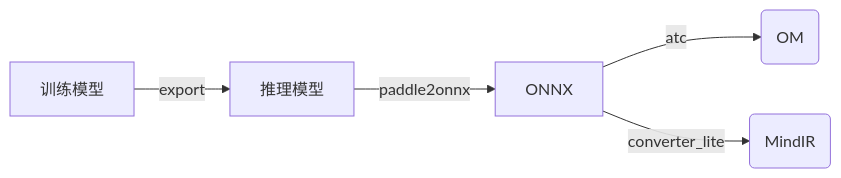
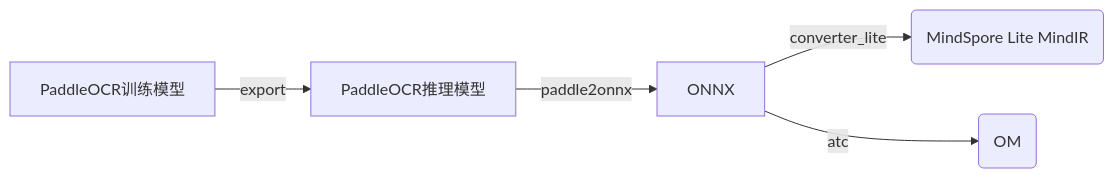
One commit to mindspore-lab/mindocr changed the second of 3 diagrams in docs/cn/inference/convert_tutorial.md. Above: the diagram before and after it, drawn with Mermaid. The commit also changed other lines of this file and 8 other files, not shown here.

````diff
--- a/docs/cn/inference/convert_tutorial.md
+++ b/docs/cn/inference/convert_tutorial.md
@@ -115,6 +130,6 @@
 ```mermaid
 graph LR;
-    训练模型 -- export --> 推理模型 -- paddle2onnx --> ONNX;
+    PaddleOCR训练模型 -- export --> PaddleOCR推理模型 -- paddle2onnx --> ONNX;
+    ONNX -- converter_lite --> o2(MindSpore Lite MindIR);
     ONNX -- atc --> o1(OM);
-    ONNX -- converter_lite --> o2(MindIR);
 ```
````
